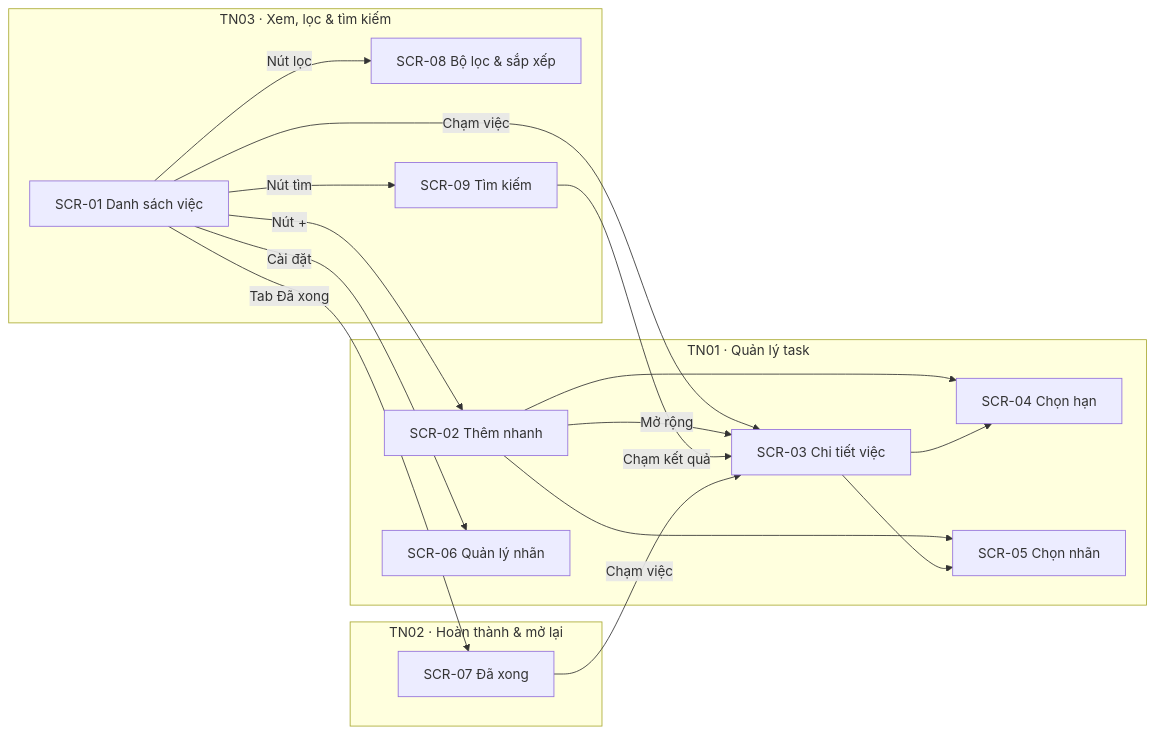
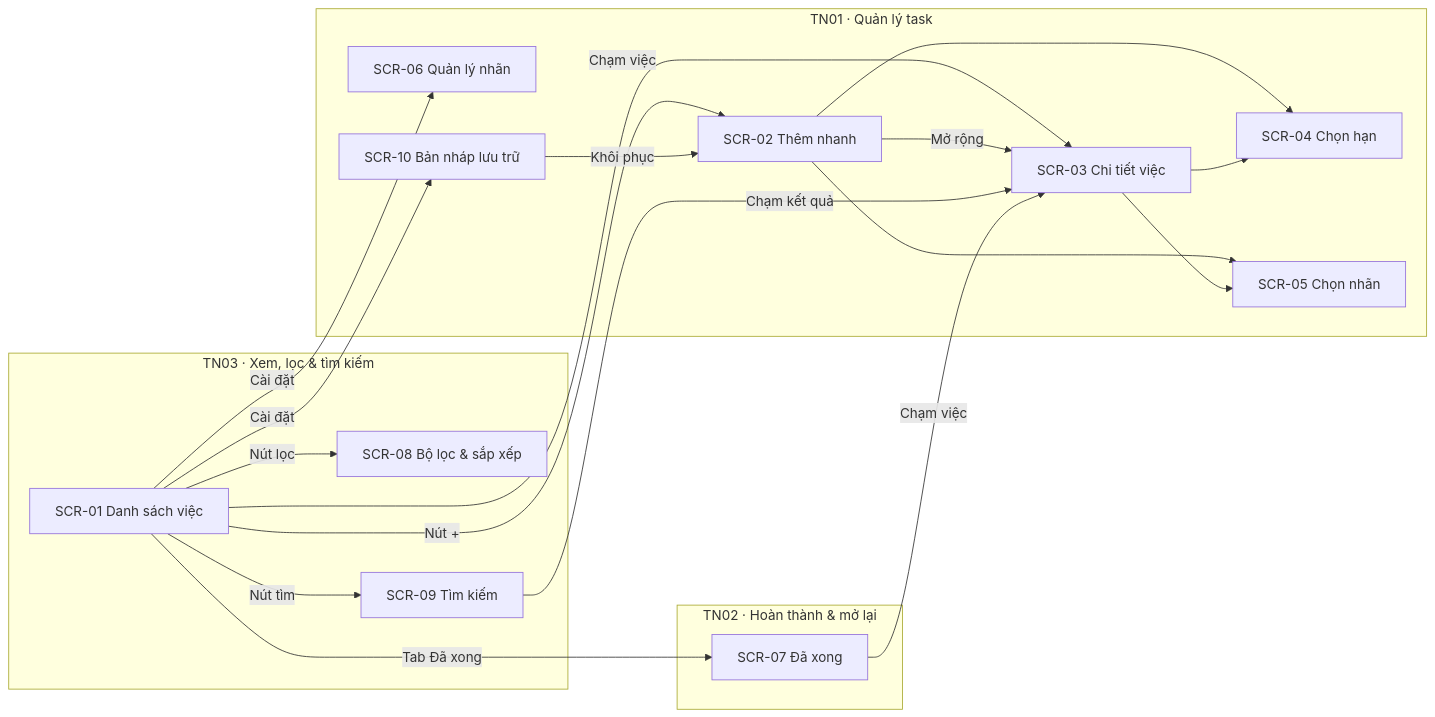
One commit to uxfoundation-vn/de01-quan-ly-cong-viec-ca-nhan changed the diagram in README.md. Above: the diagram before and after it, drawn with Mermaid. The commit also changed other lines of this file and 6 other files, not shown here.

````diff
--- a/README.md
+++ b/README.md
@@ -19,31 +19,34 @@
 ```mermaid
 flowchart LR
   subgraph TN03["TN03 · Xem, lọc & tìm kiếm"]
     S01["SCR-01 Danh sách việc"]
     S08["SCR-08 Bộ lọc & sắp xếp"]
     S09["SCR-09 Tìm kiếm"]
   end
   subgraph TN01["TN01 · Quản lý task"]
     S02["SCR-02 Thêm nhanh"]
     S03["SCR-03 Chi tiết việc"]
     S04["SCR-04 Chọn hạn"]
     S05["SCR-05 Chọn nhãn"]
     S06["SCR-06 Quản lý nhãn"]
+    S10["SCR-10 Bản nháp lưu trữ"]
   end
   subgraph TN02["TN02 · Hoàn thành & mở lại"]
     S07["SCR-07 Đã xong"]
   end
   S01 -->|Nút +| S02
   S01 -->|Chạm việc| S03
   S01 -->|Nút lọc| S08
   S01 -->|Nút tìm| S09
   S02 -->|Mở rộng| S03
   S02 --> S04
   S02 --> S05
   S03 --> S04
   S03 --> S05
   S01 -->|Cài đặt| S06
+  S01 -->|Cài đặt| S10
+  S10 -->|Khôi phục| S02
   S01 -->|Tab Đã xong| S07
   S09 -->|Chạm kết quả| S03
   S07 -->|Chạm việc| S03
 ```
````
